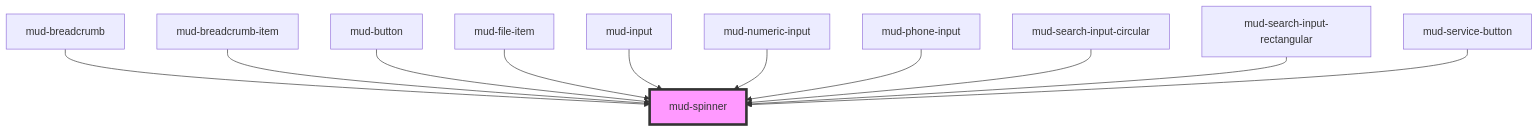
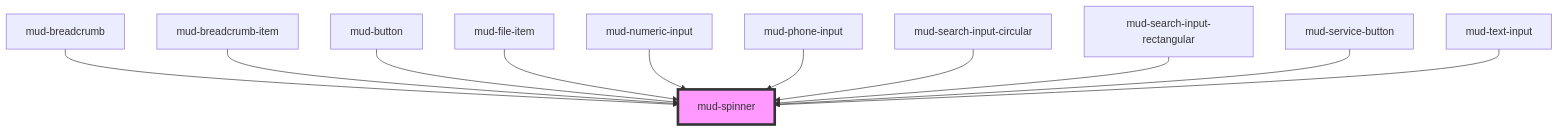
The diagram in src/components/mud-spinner/readme.md (egov-moldova/design-system), drawn with Mermaid before and after one commit. The commit also changed other lines of this file and 46 other files, not shown here.

Commit message:
refactor: Adapt mud-text-input component to figma

````diff
--- a/src/components/mud-spinner/readme.md
+++ b/src/components/mud-spinner/readme.md
@@ -40,14 +40,14 @@
 ```mermaid
 graph TD;
   mud-breadcrumb --> mud-spinner
   mud-breadcrumb-item --> mud-spinner
   mud-button --> mud-spinner
   mud-file-item --> mud-spinner
-  mud-input --> mud-spinner
   mud-numeric-input --> mud-spinner
   mud-phone-input --> mud-spinner
   mud-search-input-circular --> mud-spinner
   mud-search-input-rectangular --> mud-spinner
   mud-service-button --> mud-spinner
+  mud-text-input --> mud-spinner
   style mud-spinner fill:#f9f,stroke:#333,stroke-width:4px
 ```
````
